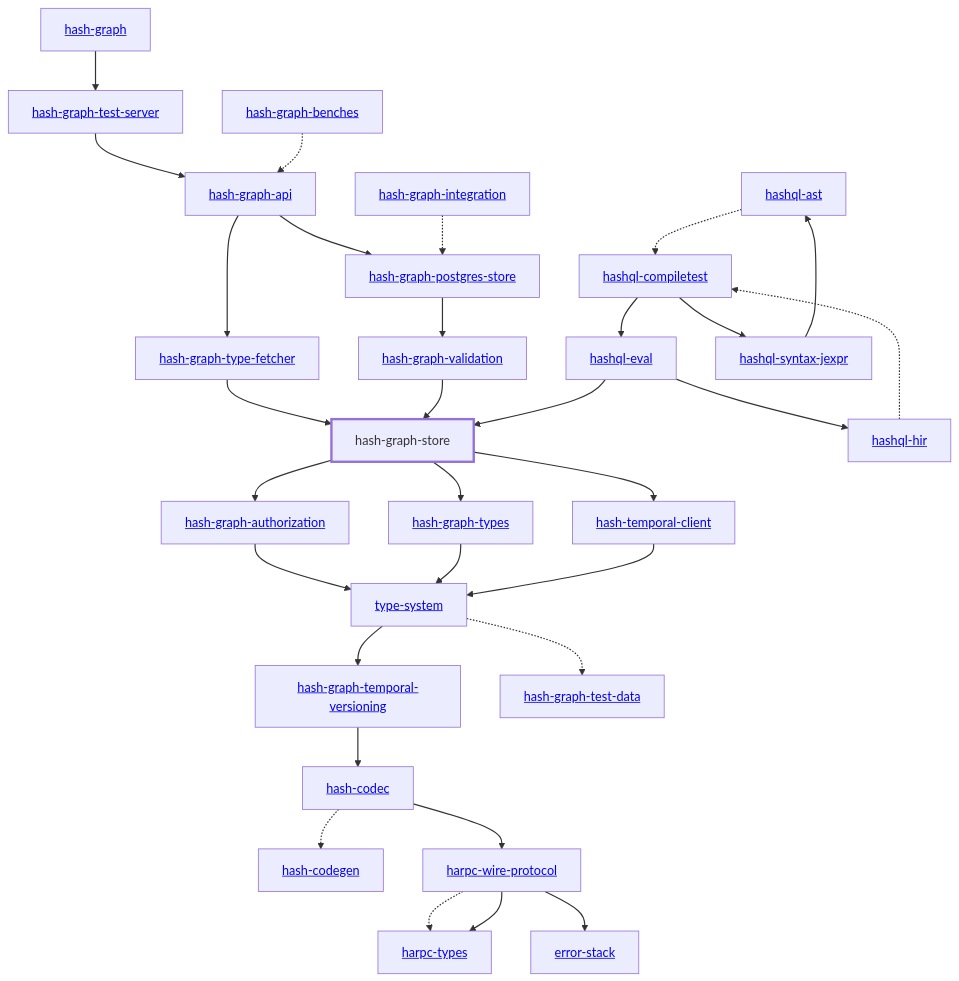
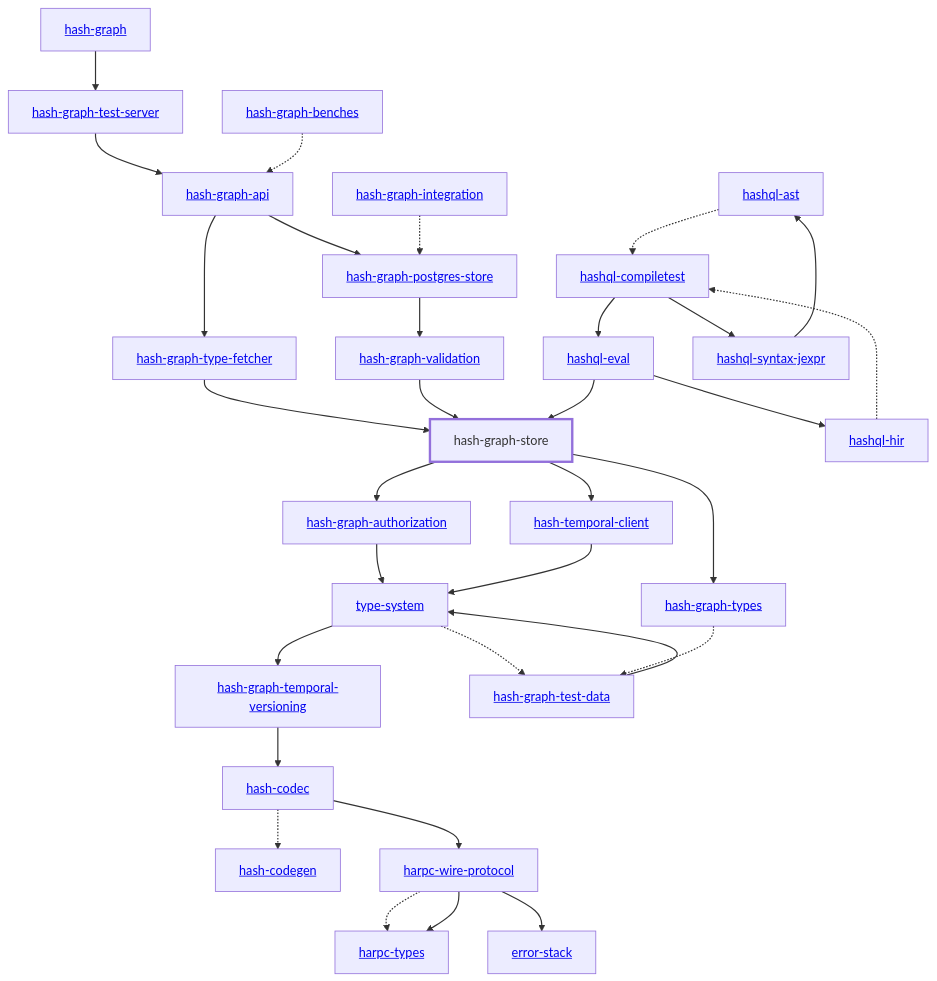
The diagram in libs/@local/graph/store/docs/dependency-diagram.mmd (hashintel/hash), drawn with Mermaid before and after one commit. The commit also changed 38 other files, not shown here.

```diff
--- a/libs/@local/graph/store/docs/dependency-diagram.mmd
+++ b/libs/@local/graph/store/docs/dependency-diagram.mmd
@@ -1,66 +1,67 @@
 graph TD
     linkStyle default stroke-width:1.5px
     classDef default stroke-width:1px
     classDef root stroke-width:3px
     classDef dev stroke-width:1px
     classDef build stroke-width:1px
     %% Legend
     %% --> : Normal dependency
     %% -.-> : Dev dependency
     %% ---> : Build dependency
     0[<a href="../hash_graph">hash-graph</a>]
     1[<a href="../type_system">type-system</a>]
     2[<a href="../hash_codec">hash-codec</a>]
     3[<a href="../hash_codegen">hash-codegen</a>]
     4[<a href="../hash_graph_api">hash-graph-api</a>]
     5[<a href="../hash_graph_authorization">hash-graph-authorization</a>]
     6[<a href="../hash_graph_postgres_store">hash-graph-postgres-store</a>]
     7[hash-graph-store]
     class 7 root
     8[<a href="../hash_graph_temporal_versioning">hash-graph-temporal-versioning</a>]
     9[<a href="../hash_graph_test_server">hash-graph-test-server</a>]
     10[<a href="../hash_graph_type_fetcher">hash-graph-type-fetcher</a>]
     11[<a href="../hash_graph_types">hash-graph-types</a>]
     12[<a href="../hash_graph_validation">hash-graph-validation</a>]
     13[<a href="../harpc_types">harpc-types</a>]
     14[<a href="../harpc_wire_protocol">harpc-wire-protocol</a>]
     15[<a href="../hashql_ast">hashql-ast</a>]
     16[<a href="../hashql_compiletest">hashql-compiletest</a>]
     17[<a href="../hashql_eval">hashql-eval</a>]
     18[<a href="../hashql_hir">hashql-hir</a>]
     19[<a href="../hashql_syntax_jexpr">hashql-syntax-jexpr</a>]
     20[<a href="../hash_temporal_client">hash-temporal-client</a>]
     21[<a href="../error_stack">error-stack</a>]
     22[<a href="../hash_graph_benches">hash-graph-benches</a>]
     23[<a href="../hash_graph_integration">hash-graph-integration</a>]
     24[<a href="../hash_graph_test_data">hash-graph-test-data</a>]
     0 --> 9
     1 --> 8
     1 -.-> 24
     2 -.-> 3
     2 --> 14
     4 --> 6
     4 --> 10
     5 --> 1
     6 --> 12
     7 --> 5
     7 --> 11
     7 --> 20
     8 --> 2
     9 --> 4
     10 --> 7
-    11 --> 1
+    11 -.-> 24
     12 --> 7
     14 -.-> 13
     14 --> 13
     14 --> 21
     15 -.-> 16
     16 --> 17
     16 --> 19
     17 --> 7
     17 --> 18
     18 -.-> 16
     19 --> 15
     20 --> 1
     22 -.-> 4
     23 -.-> 6
+    24 --> 1
```
